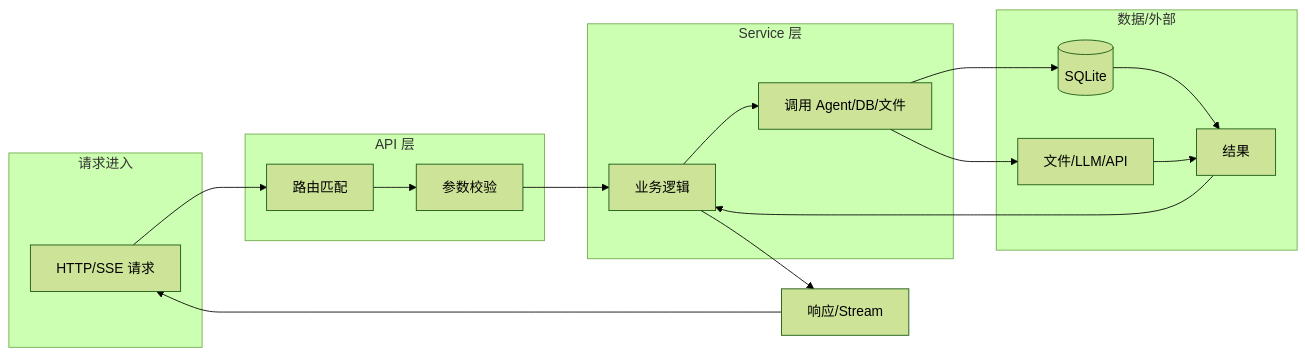
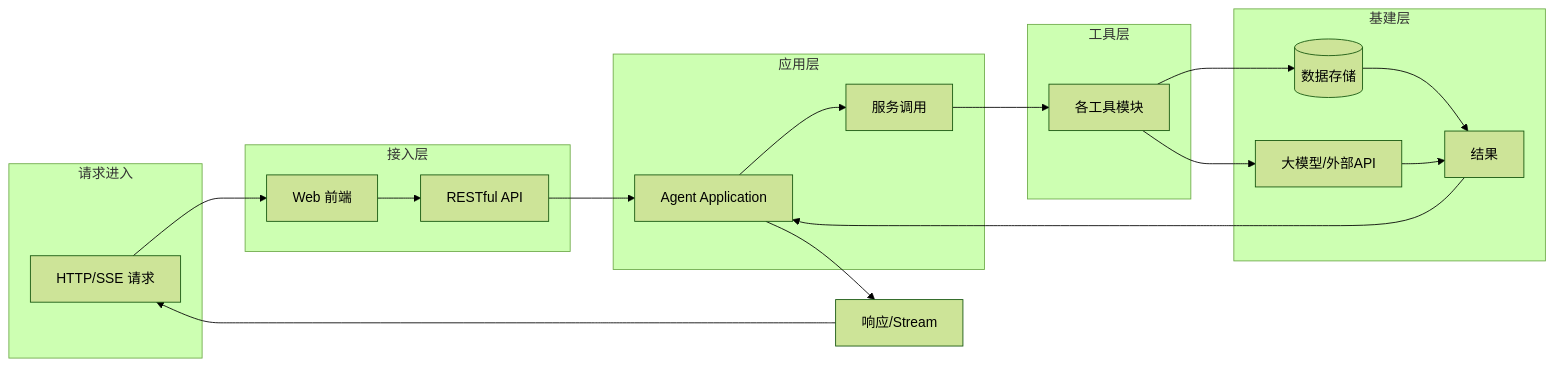
The second of 8 diagrams in docs/技术开发方案.md (ji-xinpeng/Scholar-Agent), drawn with Mermaid (forest theme) before and after one commit. The commit also changed other lines of this file and 19 other files, not shown here.

````diff
--- a/docs/技术开发方案.md
+++ b/docs/技术开发方案.md
@@ -100,27 +294,31 @@
 ```mermaid
 flowchart LR
     subgraph 请求进入
         R1[HTTP/SSE 请求]
     end
-    subgraph L2["API 层"]
-        R2[路由匹配]
-        R3[参数校验]
+    subgraph L2["接入层"]
+        R2[Web 前端]
+        R3[RESTful API]
         R2 --> R3
     end
-    subgraph L3["Service 层"]
-        R4[业务逻辑]
-        R5[调用 Agent/DB/文件]
+    subgraph L3["应用层"]
+        R4[Agent Application]
+        R5[服务调用]
         R4 --> R5
     end
-    subgraph L4["数据/外部"]
-        R6[(SQLite)]
-        R7[文件/LLM/API]
-        R6 & R7 --> R8[结果]
+    subgraph L4["工具层"]
+        R6[各工具模块]
+    end
+    subgraph L5["基建层"]
+        R7[(数据存储)]
+        R8[大模型/外部API]
+        R7 & R8 --> R9[结果]
     end
     R1 --> R2
     R3 --> R4
-    R5 --> R6 & R7
-    R8 --> R4
-    R4 --> R9[响应/Stream]
-    R9 --> R1
+    R5 --> R6
+    R6 --> R7 & R8
+    R9 --> R4
+    R4 --> R10[响应/Stream]
+    R10 --> R1
 ```
````
